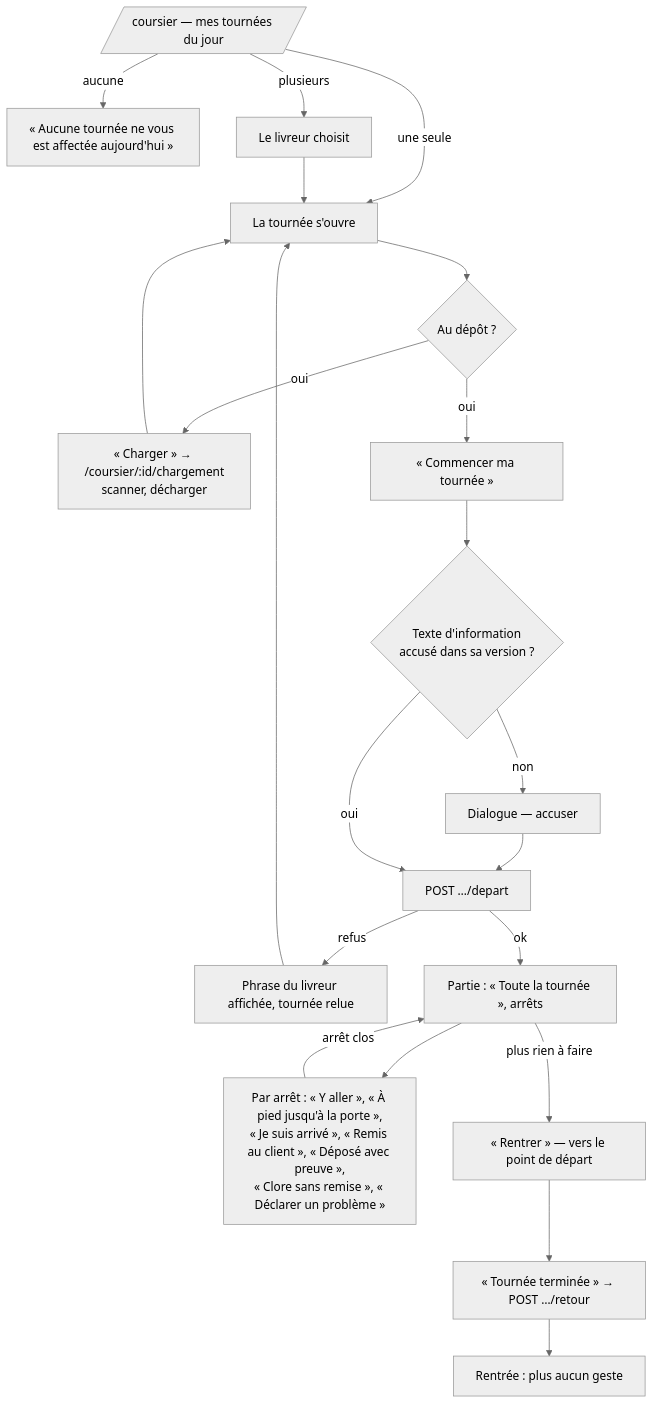
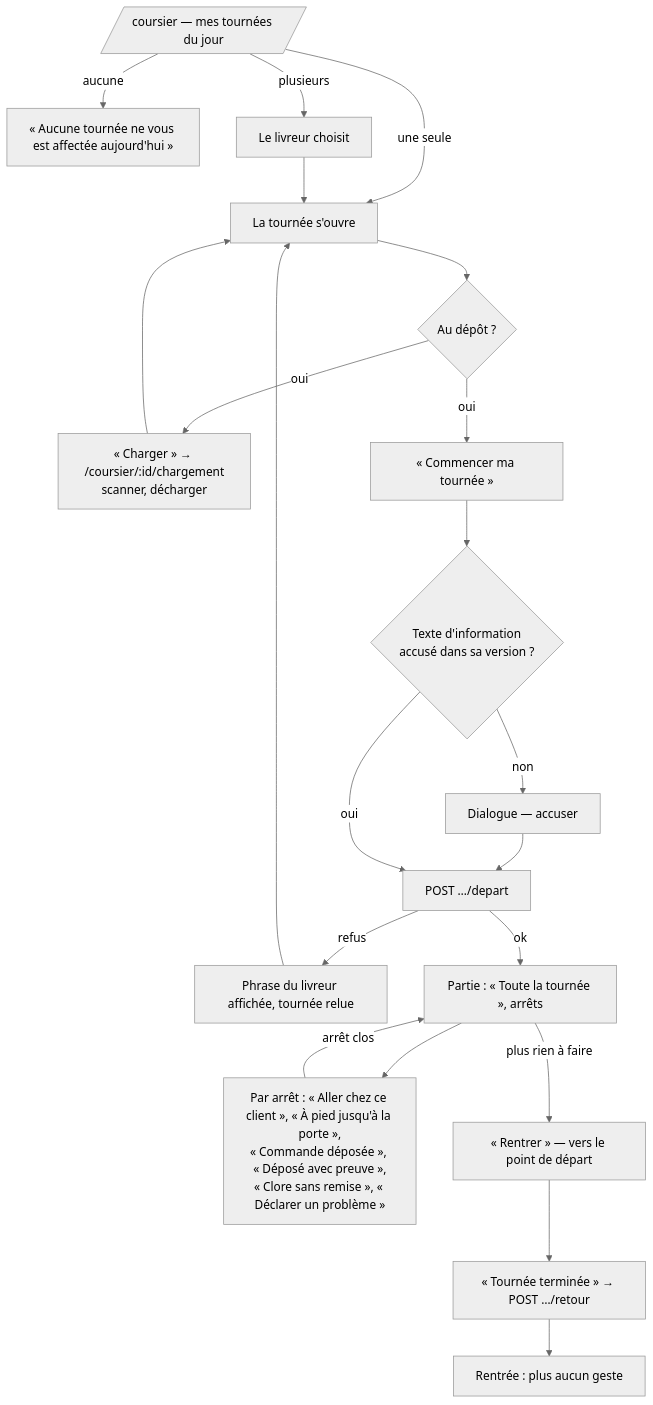
One commit to hugoheynard/lfd changed the diagram in documentation/livraisons/livreur/app-coursier-ma-tournee.md. Above: the diagram before and after it, drawn with Mermaid (neutral theme). The commit also changed other lines of this file and 49 other files, not shown here.

First line of the commit message:
feat(livraison): « Je suis arrivé » retiré, « Aller chez ce client », « Commande déposée »

````diff
--- a/documentation/livraisons/livreur/app-coursier-ma-tournee.md
+++ b/documentation/livraisons/livreur/app-coursier-ma-tournee.md
@@ -73,20 +73,20 @@
 ```mermaid
 flowchart TD
     A[/coursier — mes tournées du jour/] -->|aucune| Z[« Aucune tournée ne vous est affectée aujourd'hui »]
     A -->|une seule| D[La tournée s'ouvre]
     A -->|plusieurs| C[Le livreur choisit] --> D
     D --> E{Au dépôt ?}
     E -->|oui| F[« Charger » → /coursier/:id/chargement<br/>scanner, décharger]
     F --> D
     E -->|oui| G[« Commencer ma tournée »]
     G --> N{Texte d'information<br/>accusé dans sa version ?}
     N -->|non| O[Dialogue — accuser] --> H
     N -->|oui| H[POST …/depart]
     H -->|refus| R[Phrase du livreur affichée, tournée relue] --> D
     H -->|ok| I[Partie : « Toute la tournée », arrêts]
-    I --> J[Par arrêt : « Y aller », « À pied jusqu'à la porte »,<br/>« Je suis arrivé », « Remis au client », « Déposé avec preuve »,<br/>« Clore sans remise », « Déclarer un problème »]
+    I --> J[Par arrêt : « Aller chez ce client », « À pied jusqu'à la porte »,<br/>« Commande déposée », « Déposé avec preuve »,<br/>« Clore sans remise », « Déclarer un problème »]
     J -->|arrêt clos| I
     I -->|plus rien à faire| K[« Rentrer » — vers le point de départ]
     K --> L[« Tournée terminée » → POST …/retour]
     L --> M[Rentrée : plus aucun geste]
 ```
````
